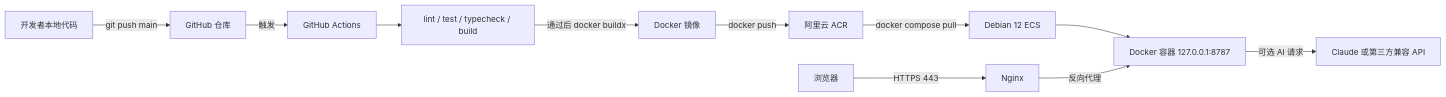
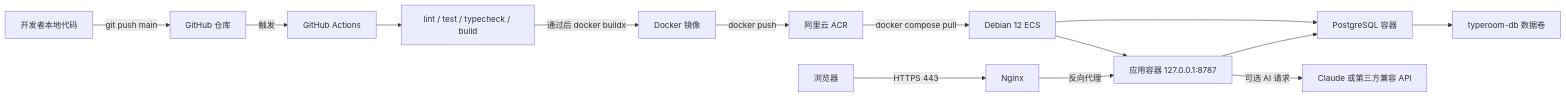
Before and after one commit to sxlisme/ts-live-lab: the diagram in DEPLOYMENT_GUIDE.md, drawn with Mermaid. The commit also changed other lines of this file and 44 other files, not shown here.

````diff
--- a/DEPLOYMENT_GUIDE.md
+++ b/DEPLOYMENT_GUIDE.md
@@ -73,13 +73,16 @@
 ```mermaid
 flowchart LR
     A[开发者本地代码] -->|git push main| B[GitHub 仓库]
     B -->|触发| C[GitHub Actions]
     C --> D[lint / test / typecheck / build]
     D -->|通过后 docker buildx| E[Docker 镜像]
     E -->|docker push| F[阿里云 ACR]
     F -->|docker compose pull| G[Debian 12 ECS]
-    G --> H[Docker 容器 127.0.0.1:8787]
+    G --> H[应用容器 127.0.0.1:8787]
+    G --> L[PostgreSQL 容器]
+    L --> M[typeroom-db 数据卷]
+    H --> L
     I[浏览器] -->|HTTPS 443| J[Nginx]
     J -->|反向代理| H
     H -->|可选 AI 请求| K[Claude 或第三方兼容 API]
 ```
````
